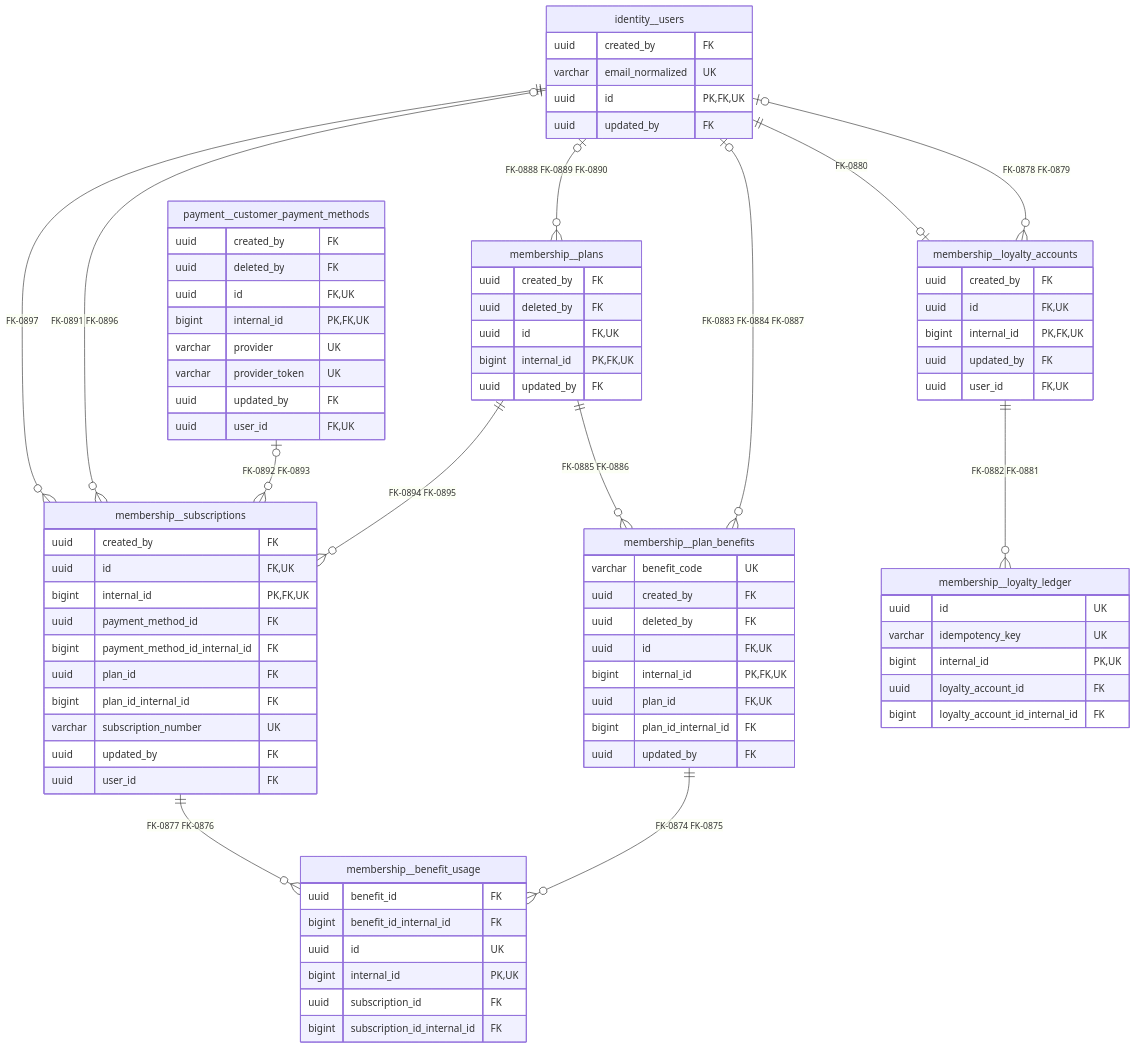
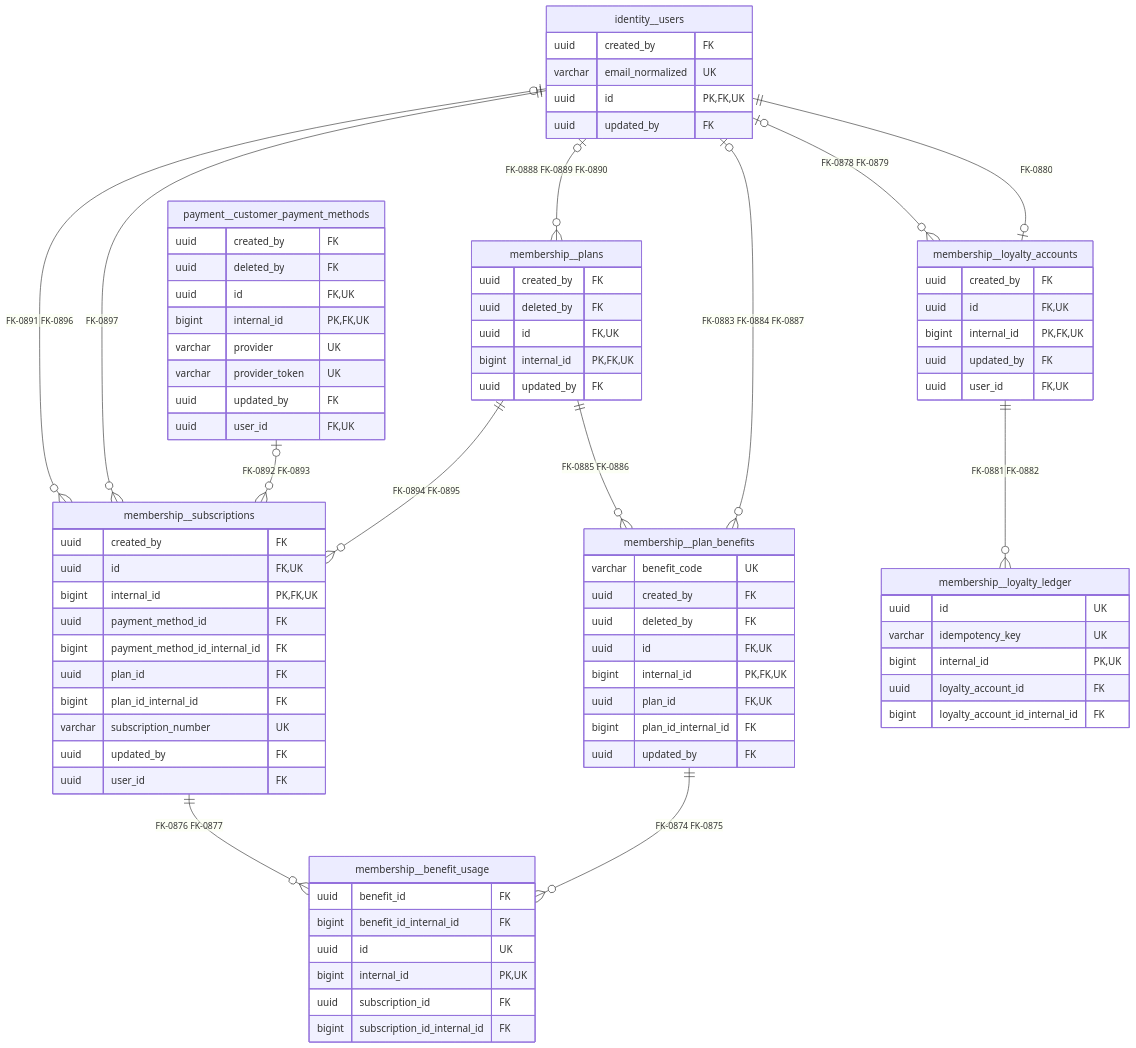
One commit to shiladityamajumder/pharmville-docs changed the diagram in 04-Database/ER-Diagrams/14-membership.md. Above: the diagram before and after it, drawn with Mermaid. The commit also changed 661 other files, not shown here.

Commit message:
docs: consolidate validated PostgreSQL schema and reorganize Pharmville into a module-driven technical blueprint

````diff
--- a/04-Database/ER-Diagrams/14-membership.md
+++ b/04-Database/ER-Diagrams/14-membership.md
@@ -28,82 +28,82 @@
 ```mermaid
 erDiagram
     identity__users {
         uuid created_by FK
         varchar email_normalized UK
         uuid id PK, FK, UK
         uuid updated_by FK
     }
     membership__benefit_usage {
         uuid benefit_id FK
         bigint benefit_id_internal_id FK
         uuid id UK
         bigint internal_id PK, UK
         uuid subscription_id FK
         bigint subscription_id_internal_id FK
     }
     membership__loyalty_accounts {
         uuid created_by FK
         uuid id FK, UK
         bigint internal_id PK, FK, UK
         uuid updated_by FK
         uuid user_id FK, UK
     }
     membership__loyalty_ledger {
         uuid id UK
         varchar idempotency_key UK
         bigint internal_id PK, UK
         uuid loyalty_account_id FK
         bigint loyalty_account_id_internal_id FK
     }
     membership__plan_benefits {
         varchar benefit_code UK
         uuid created_by FK
         uuid deleted_by FK
         uuid id FK, UK
         bigint internal_id PK, FK, UK
         uuid plan_id FK, UK
         bigint plan_id_internal_id FK
         uuid updated_by FK
     }
     membership__plans {
         uuid created_by FK
         uuid deleted_by FK
         uuid id FK, UK
         bigint internal_id PK, FK, UK
         uuid updated_by FK
     }
     membership__subscriptions {
         uuid created_by FK
         uuid id FK, UK
         bigint internal_id PK, FK, UK
         uuid payment_method_id FK
         bigint payment_method_id_internal_id FK
         uuid plan_id FK
         bigint plan_id_internal_id FK
         varchar subscription_number UK
         uuid updated_by FK
         uuid user_id FK
     }
     payment__customer_payment_methods {
         uuid created_by FK
         uuid deleted_by FK
         uuid id FK, UK
         bigint internal_id PK, FK, UK
         varchar provider UK
         varchar provider_token UK
         uuid updated_by FK
         uuid user_id FK, UK
     }
-    identity__users ||--o{ membership__subscriptions : "FK-0897"
     identity__users o|--o{ membership__subscriptions : "FK-0891 FK-0896"
     payment__customer_payment_methods o|--o{ membership__subscriptions : "FK-0892 FK-0893"
     membership__plans ||--o{ membership__subscriptions : "FK-0894 FK-0895"
+    identity__users ||--o{ membership__subscriptions : "FK-0897"
     identity__users o|--o{ membership__plans : "FK-0888 FK-0889 FK-0890"
     identity__users o|--o{ membership__plan_benefits : "FK-0883 FK-0884 FK-0887"
     membership__plans ||--o{ membership__plan_benefits : "FK-0885 FK-0886"
     membership__plan_benefits ||--o{ membership__benefit_usage : "FK-0874 FK-0875"
-    membership__subscriptions ||--o{ membership__benefit_usage : "FK-0877 FK-0876"
+    membership__subscriptions ||--o{ membership__benefit_usage : "FK-0876 FK-0877"
+    identity__users o|--o{ membership__loyalty_accounts : "FK-0878 FK-0879"
     identity__users ||--o| membership__loyalty_accounts : "FK-0880"
-    identity__users o|--o{ membership__loyalty_accounts : "FK-0878 FK-0879"
-    membership__loyalty_accounts ||--o{ membership__loyalty_ledger : "FK-0882 FK-0881"
+    membership__loyalty_accounts ||--o{ membership__loyalty_ledger : "FK-0881 FK-0882"
 ```
````
